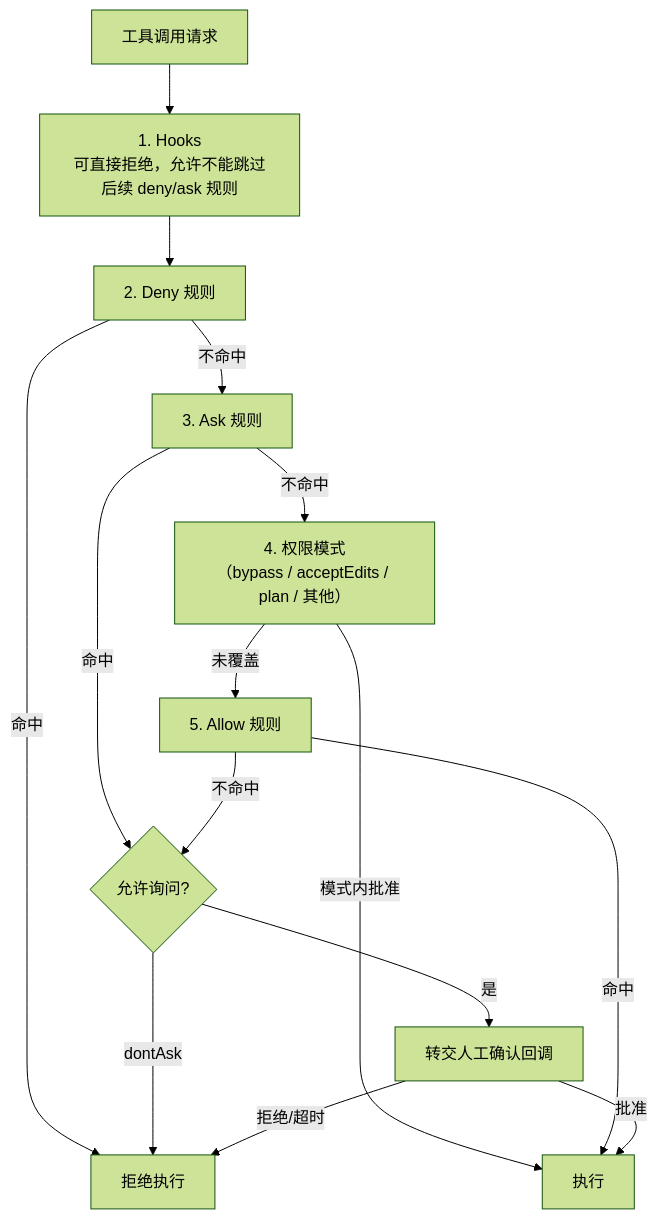
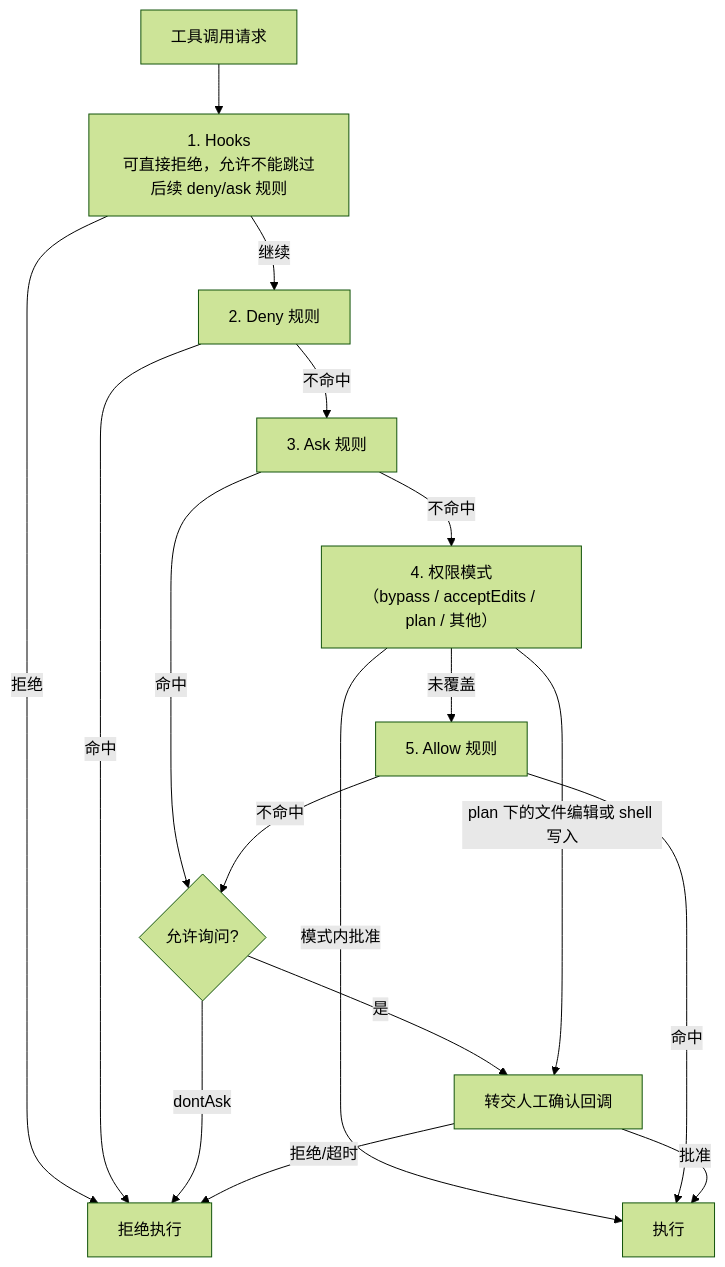
One commit to oneleaveknowsthefall/awesome-ai-roadmap changed the diagram in docs/agent/02-runtime-harness/20-permissions-sandbox-isolation.md. Above: the diagram before and after it, drawn with Mermaid (forest theme). The commit also changed other lines of this file and 34 other files, not shown here.

````diff
--- a/docs/agent/02-runtime-harness/20-permissions-sandbox-isolation.md
+++ b/docs/agent/02-runtime-harness/20-permissions-sandbox-isolation.md
@@ -15,17 +15,19 @@
 ```mermaid
 flowchart TB
     REQ["工具调用请求"] --> HOOK["1. Hooks<br/>可直接拒绝，允许不能跳过后续 deny/ask 规则"]
-    HOOK --> DENY["2. Deny 规则"]
+    HOOK -->|拒绝| BLOCK["拒绝执行"]
+    HOOK -->|继续| DENY["2. Deny 规则"]
     DENY -->|命中| BLOCK["拒绝执行"]
     DENY -->|不命中| ASK["3. Ask 规则"]
     ASK -->|命中| PROMPT{"允许询问?"}
     PROMPT -->|是| CALLBACK["转交人工确认回调"]
     PROMPT -->|dontAsk| BLOCK
     ASK -->|不命中| MODE["4. 权限模式<br/>（bypass / acceptEdits / plan / 其他）"]
     MODE -->|模式内批准| ALLOW["执行"]
+    MODE -->|plan 下的文件编辑或 shell 写入| CALLBACK
     MODE -->|未覆盖| ALLOWRULE["5. Allow 规则"]
     ALLOWRULE -->|命中| ALLOW
     ALLOWRULE -->|不命中| PROMPT
     CALLBACK -->|批准| ALLOW
     CALLBACK -->|拒绝/超时| BLOCK
 ```
````
